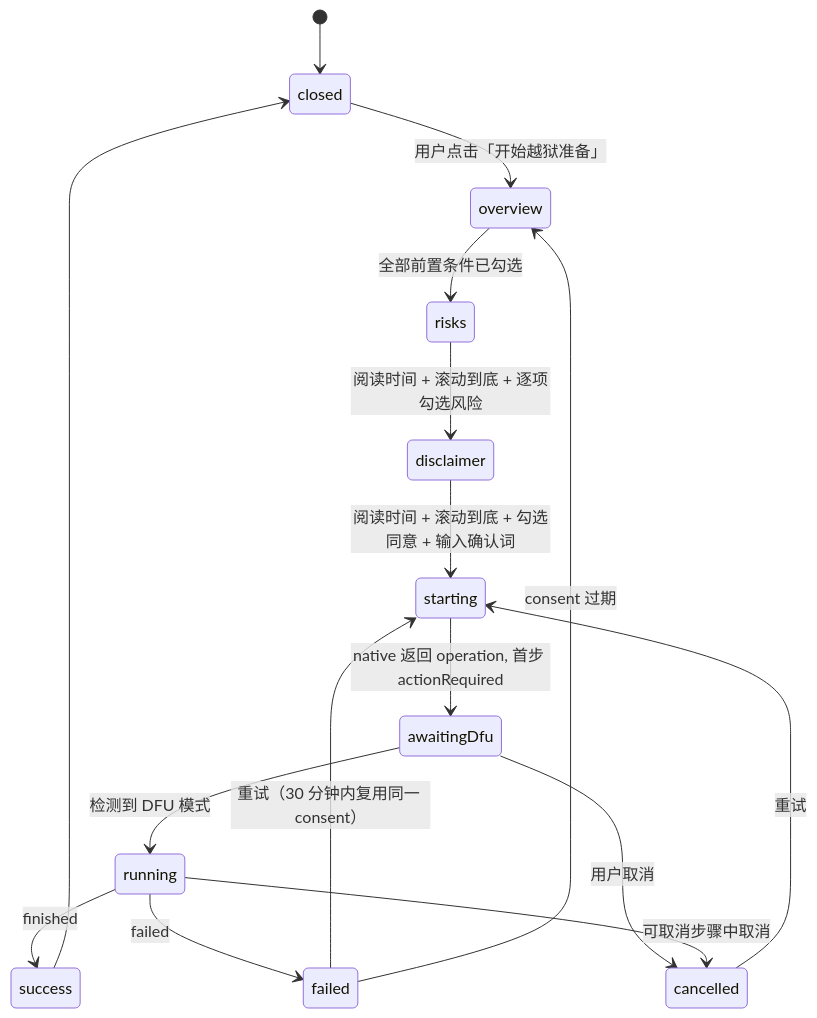
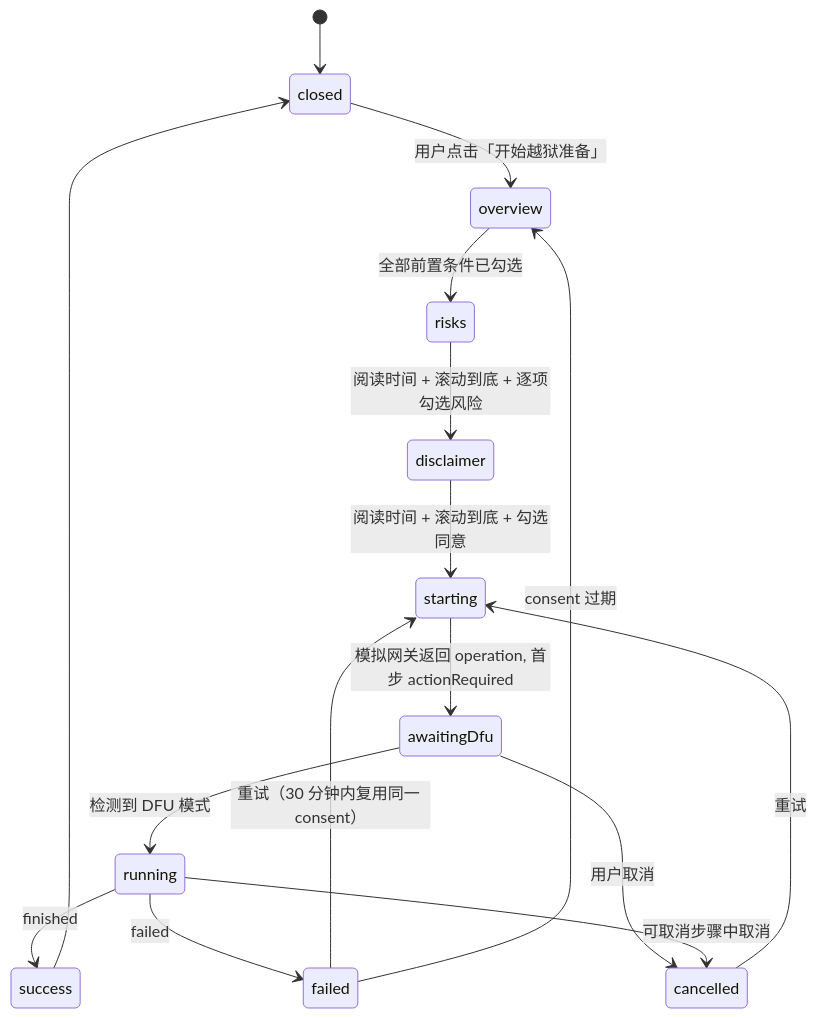
One commit to pocket-stack/pocket-studio changed the diagram in docs/device-preparation-flow.md. Above: the diagram before and after it, drawn with Mermaid. The commit also changed other lines of this file and 2 other files, not shown here.

````diff
--- a/docs/device-preparation-flow.md
+++ b/docs/device-preparation-flow.md
@@ -23,18 +23,18 @@
 ```mermaid
 stateDiagram-v2
     [*] --> closed
     closed --> overview: 用户点击「开始越狱准备」
     overview --> risks: 全部前置条件已勾选
     risks --> disclaimer: 阅读时间 + 滚动到底 + 逐项勾选风险
-    disclaimer --> starting: 阅读时间 + 滚动到底 + 勾选同意 + 输入确认词
-    starting --> awaitingDfu: native 返回 operation, 首步 actionRequired
+    disclaimer --> starting: 阅读时间 + 滚动到底 + 勾选同意
+    starting --> awaitingDfu: 模拟网关返回 operation, 首步 actionRequired
     awaitingDfu --> running: 检测到 DFU 模式
     awaitingDfu --> cancelled: 用户取消
     running --> success: finished
     running --> failed: failed
     running --> cancelled: 可取消步骤中取消
     failed --> starting: 重试（30 分钟内复用同一 consent）
     failed --> overview: consent 过期
     success --> closed
     cancelled --> starting: 重试
 ```
````
